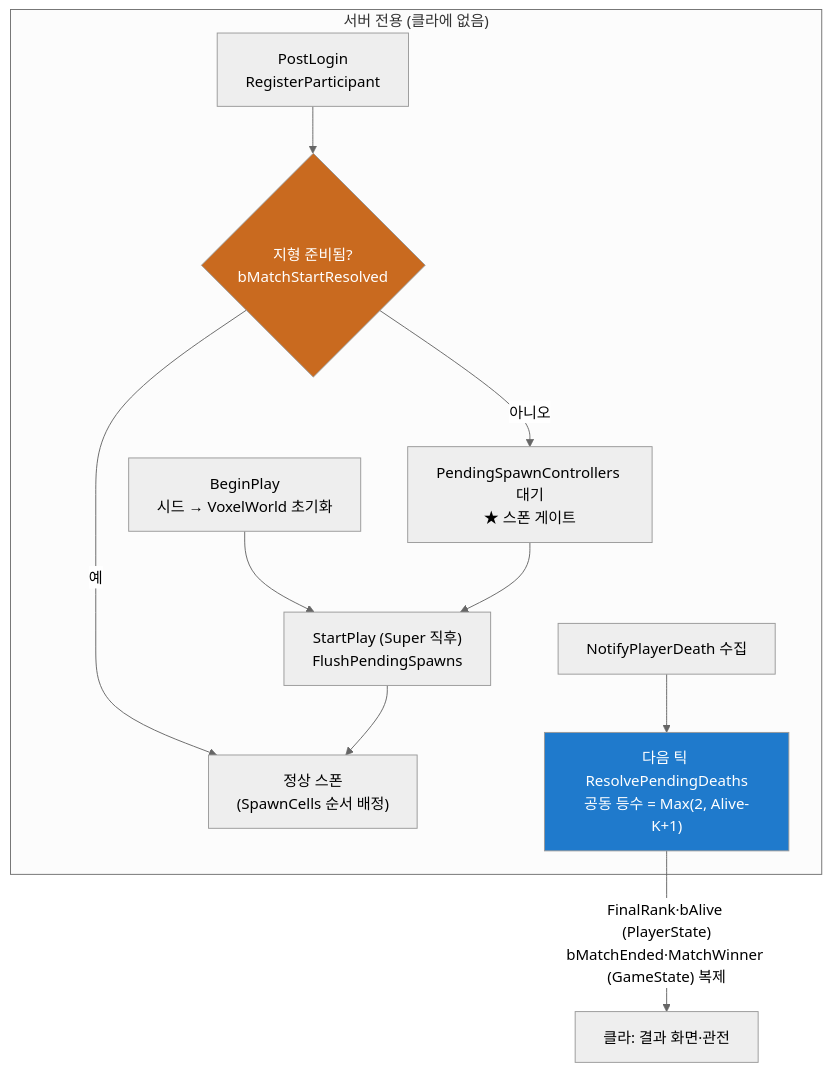
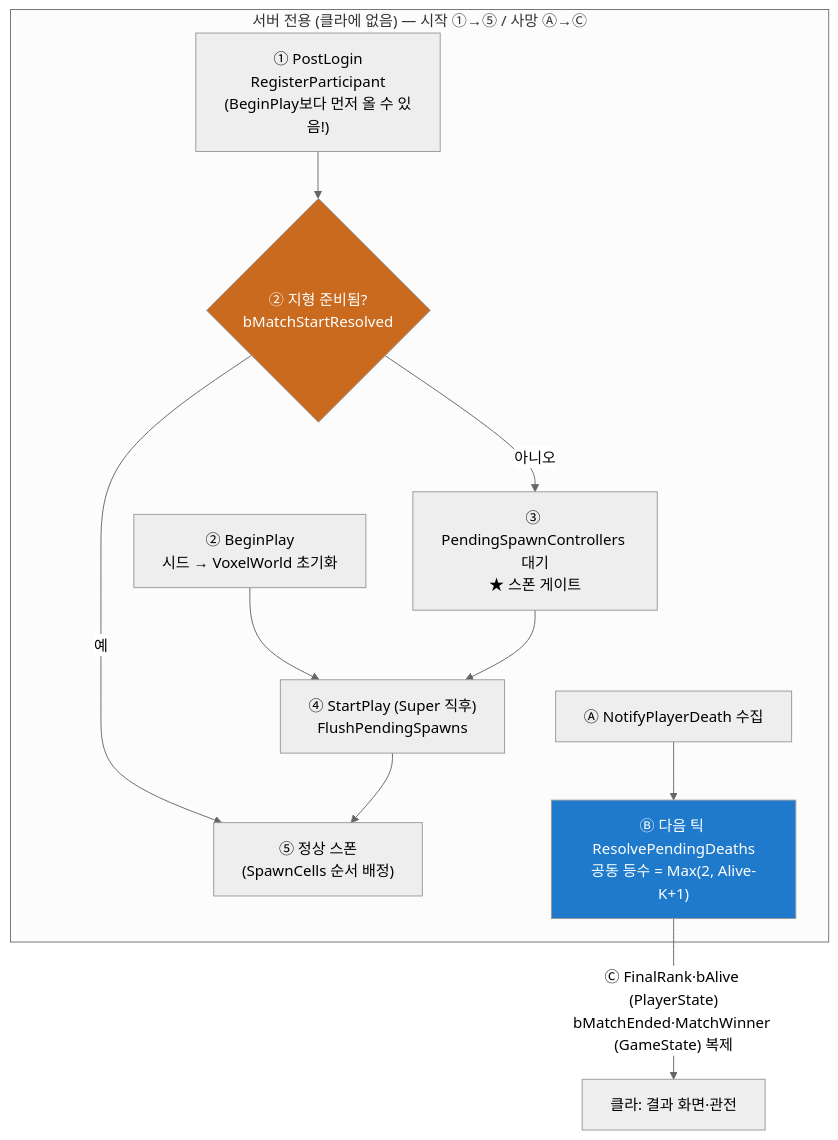
One commit to chomul/CrazyArcade_3D changed the diagram in Docs/Framework/35-CA3DGameMode.md. Above: the diagram before and after it, drawn with Mermaid (neutral theme). The commit also changed 7 other files, not shown here.

First line of the commit message:
Docs — 구조도에 진행 순서 번호 (사용자 요청)

````diff
--- a/Docs/Framework/35-CA3DGameMode.md
+++ b/Docs/Framework/35-CA3DGameMode.md
@@ -51,14 +51,14 @@
 ```mermaid
 flowchart TD
-    subgraph SV["서버 전용 (클라에 없음)"]
-        L["PostLogin<br>RegisterParticipant"] --> G{"지형 준비됨?<br>bMatchStartResolved"}
-        G -->|"아니오"| P["PendingSpawnControllers 대기<br>★ 스폰 게이트"]
-        G -->|"예"| S["정상 스폰<br>(SpawnCells 순서 배정)"]
-        BP["BeginPlay<br>시드 → VoxelWorld 초기화"] --> FL["StartPlay (Super 직후)<br>FlushPendingSpawns"]
+    subgraph SV["서버 전용 (클라에 없음) — 시작 ①→⑤ / 사망 Ⓐ→Ⓒ"]
+        L["① PostLogin<br>RegisterParticipant<br>(BeginPlay보다 먼저 올 수 있음!)"] --> G{"② 지형 준비됨?<br>bMatchStartResolved"}
+        G -->|"아니오"| P["③ PendingSpawnControllers 대기<br>★ 스폰 게이트"]
+        G -->|"예"| S["⑤ 정상 스폰<br>(SpawnCells 순서 배정)"]
+        BP["② BeginPlay<br>시드 → VoxelWorld 초기화"] --> FL["④ StartPlay (Super 직후)<br>FlushPendingSpawns"]
         P --> FL --> S
-        K["NotifyPlayerDeath 수집"] --> RD["다음 틱 ResolvePendingDeaths<br>공동 등수 = Max(2, Alive-K+1)"]
+        K["Ⓐ NotifyPlayerDeath 수집"] --> RD["Ⓑ 다음 틱 ResolvePendingDeaths<br>공동 등수 = Max(2, Alive-K+1)"]
     end
-    RD -->|"FinalRank·bAlive (PlayerState)<br>bMatchEnded·MatchWinner (GameState) 복제"| CL["클라: 결과 화면·관전"]
+    RD -->|"Ⓒ FinalRank·bAlive (PlayerState)<br>bMatchEnded·MatchWinner (GameState) 복제"| CL["클라: 결과 화면·관전"]
     style G fill:#C96A1F,color:#fff
     style RD fill:#1F7ACC,color:#fff
 ```
````
